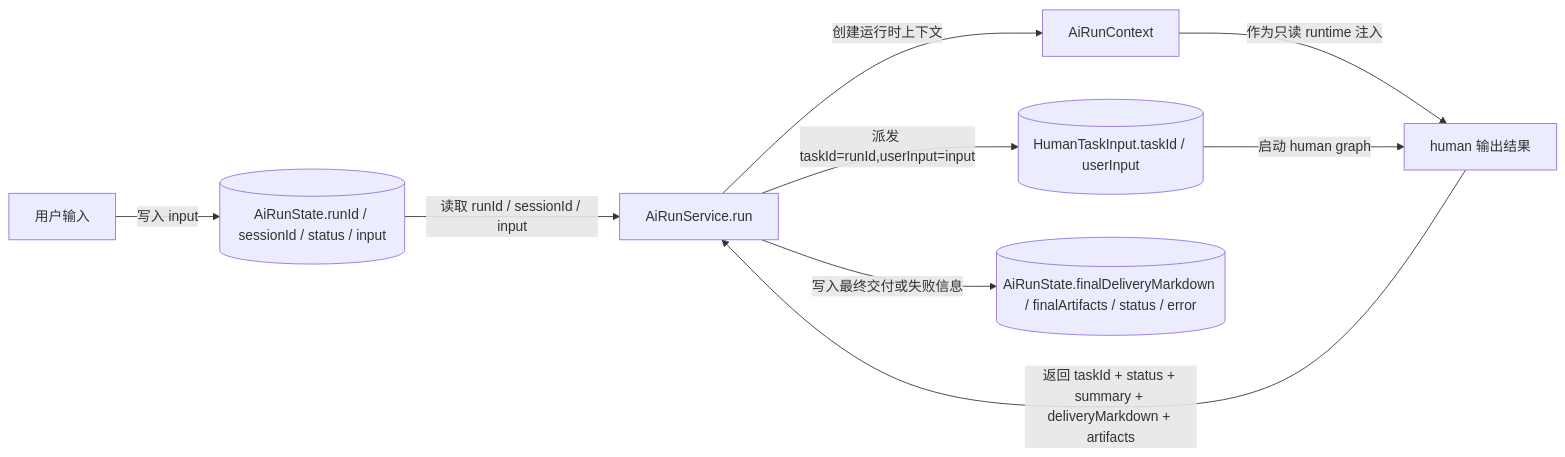
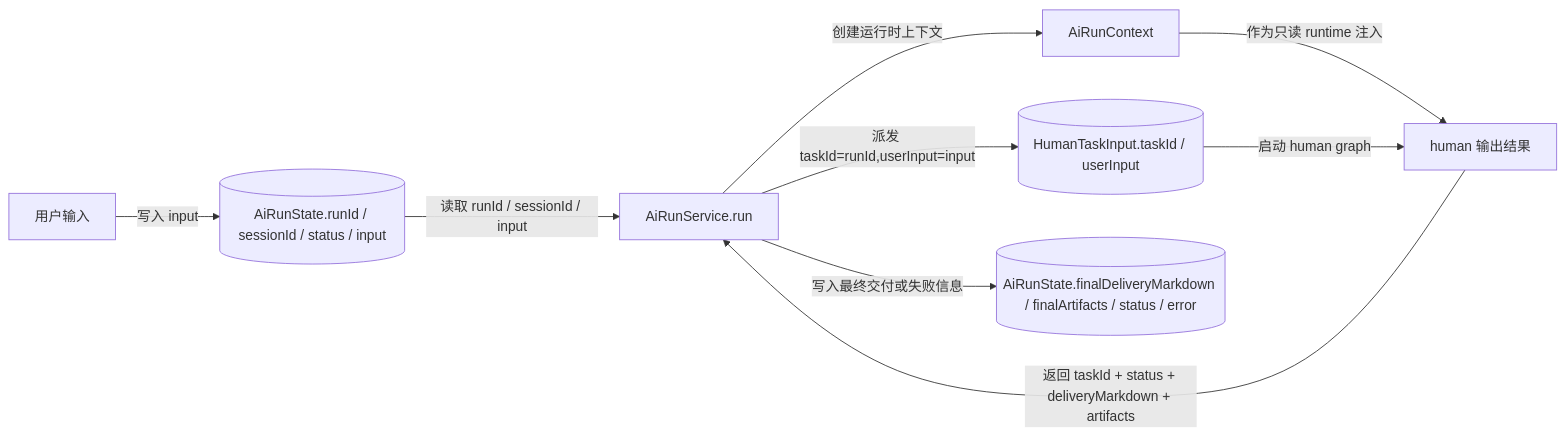
Before and after one commit to Yoan98/Ncurator: the first of 5 diagrams in doc/ai-design/data-definition-and-flow.md, drawn with Mermaid. The commit also changed other lines of this file and 45 other files, not shown here.

````diff
--- a/doc/ai-design/data-definition-and-flow.md
+++ b/doc/ai-design/data-definition-and-flow.md
@@ -1040,19 +1041,19 @@
 ```mermaid
 flowchart LR
     U["用户输入"]
     S1[("AiRunState.runId / sessionId / status / input")]
     R["AiRunService.run"]
     C["AiRunContext"]
     H1[("HumanTaskInput.taskId / userInput")]
     H2["human 输出结果"]
     S2[("AiRunState.finalDeliveryMarkdown / finalArtifacts / status / error")]
 
     U -->|写入 input| S1
     S1 -->|读取 runId / sessionId / input| R
     R -->|创建运行时上下文| C
     R -->|派发 taskId=runId,userInput=input| H1
     C -->|作为只读 runtime 注入| H2
     H1 -->|启动 human graph| H2
-    H2 -->|返回 taskId + status + summary + deliveryMarkdown + artifacts| R
+    H2 -->|返回 taskId + status + deliveryMarkdown + artifacts| R
     R -->|写入最终交付或失败信息| S2
 ```
````
